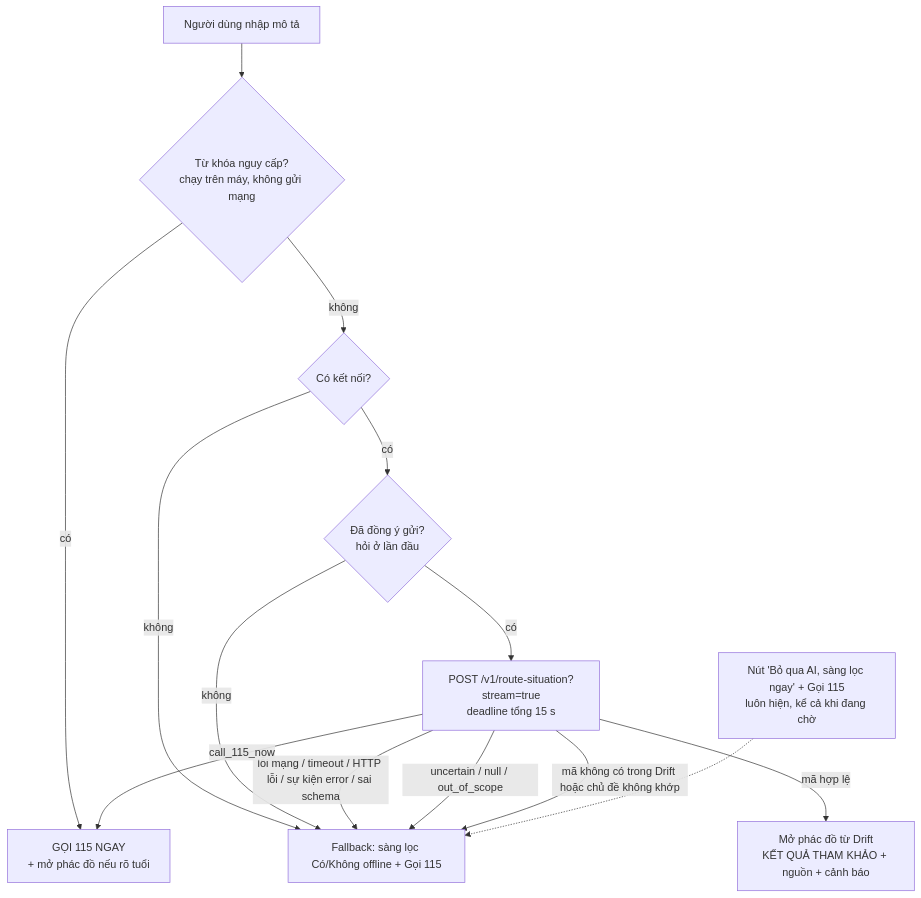
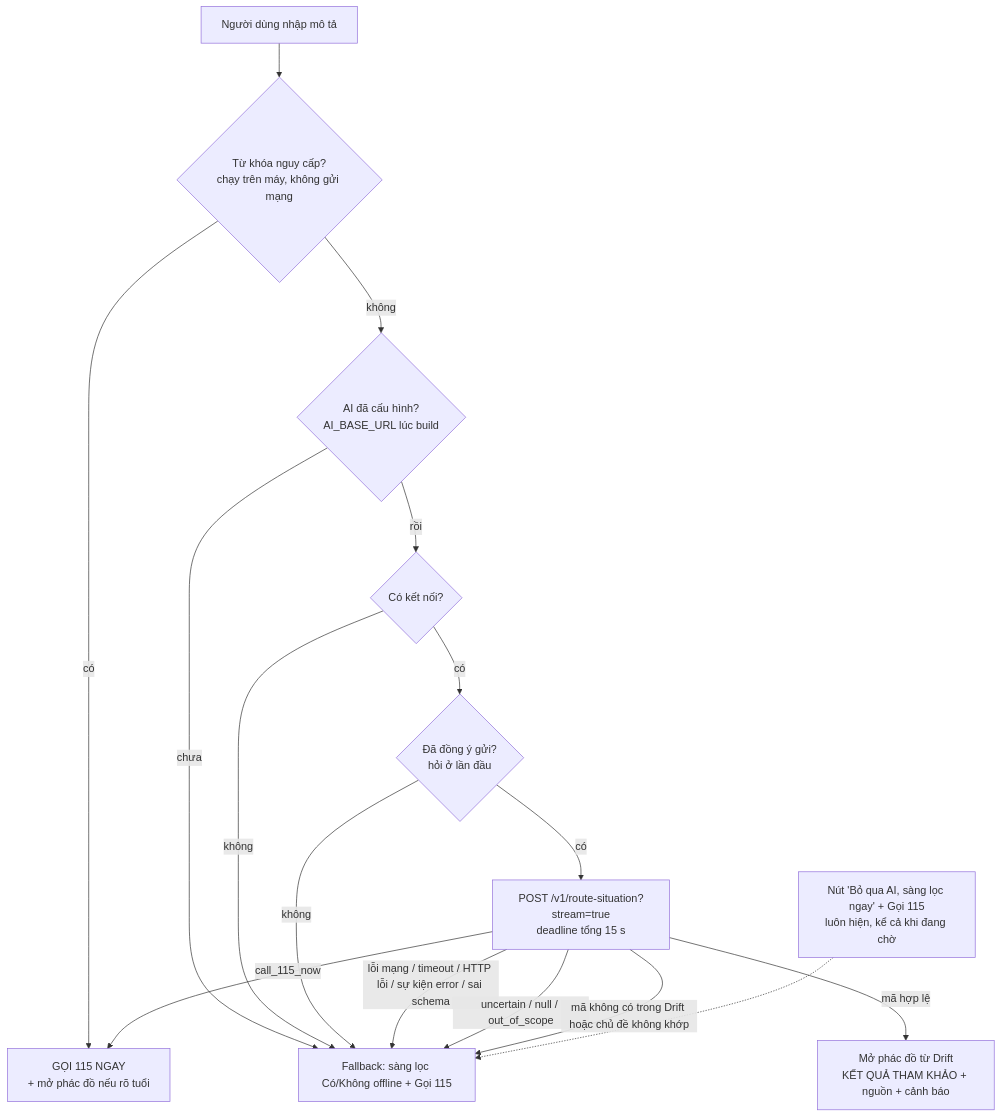
Before and after one commit to lddatitvku0202/firstaid-capstone: the second of 2 diagrams in docs/reports/R3_AI_Offline_Testing.md, drawn with Mermaid. The commit also changed other lines of this file and 15 other files, not shown here.

````diff
--- a/docs/reports/R3_AI_Offline_Testing.md
+++ b/docs/reports/R3_AI_Offline_Testing.md
@@ -84,16 +84,18 @@
 ```mermaid
 flowchart TD
   U[Người dùng nhập mô tả] --> K{Từ khóa nguy cấp?<br/>chạy trên máy, không gửi mạng}
   K -- có --> C115[GỌI 115 NGAY<br/>+ mở phác đồ nếu rõ tuổi]
-  K -- không --> N{Có kết nối?}
+  K -- không --> CF{AI đã cấu hình?<br/>AI_BASE_URL lúc build}
+  CF -- chưa --> FB
+  CF -- rồi --> N{Có kết nối?}
   N -- không --> FB[Fallback: sàng lọc Có/Không offline + Gọi 115]
   N -- có --> P{Đã đồng ý gửi?<br/>hỏi ở lần đầu}
   P -- không --> FB
   P -- có --> S[POST /v1/route-situation?stream=true<br/>deadline tổng 15 s]
   S -- lỗi mạng / timeout / HTTP lỗi / sự kiện error / sai schema --> FB
   S -- call_115_now --> C115
   S -- uncertain / null / out_of_scope --> FB
   S -- mã không có trong Drift hoặc chủ đề không khớp --> FB
   S -- mã hợp lệ --> R[Mở phác đồ từ Drift<br/>KẾT QUẢ THAM KHẢO + nguồn + cảnh báo]
   B[Nút 'Bỏ qua AI, sàng lọc ngay' + Gọi 115<br/>luôn hiện, kể cả khi đang chờ] -.-> FB
 ```
````
